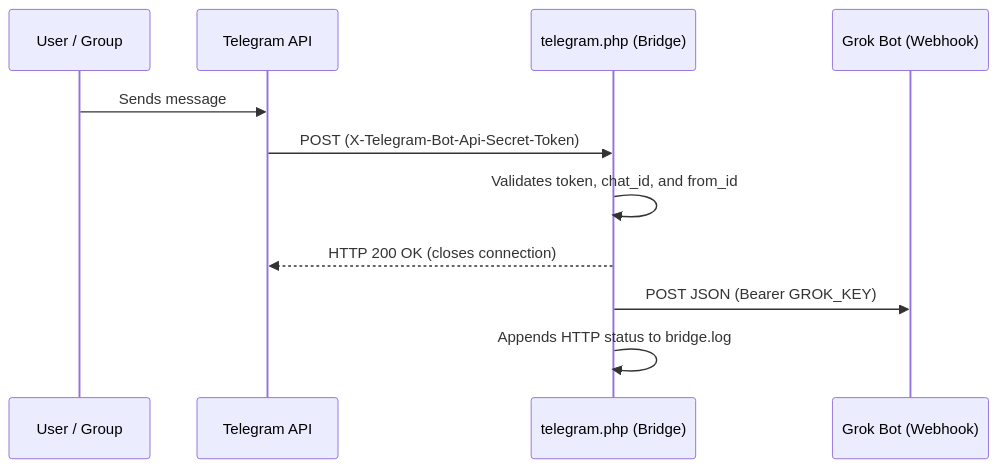
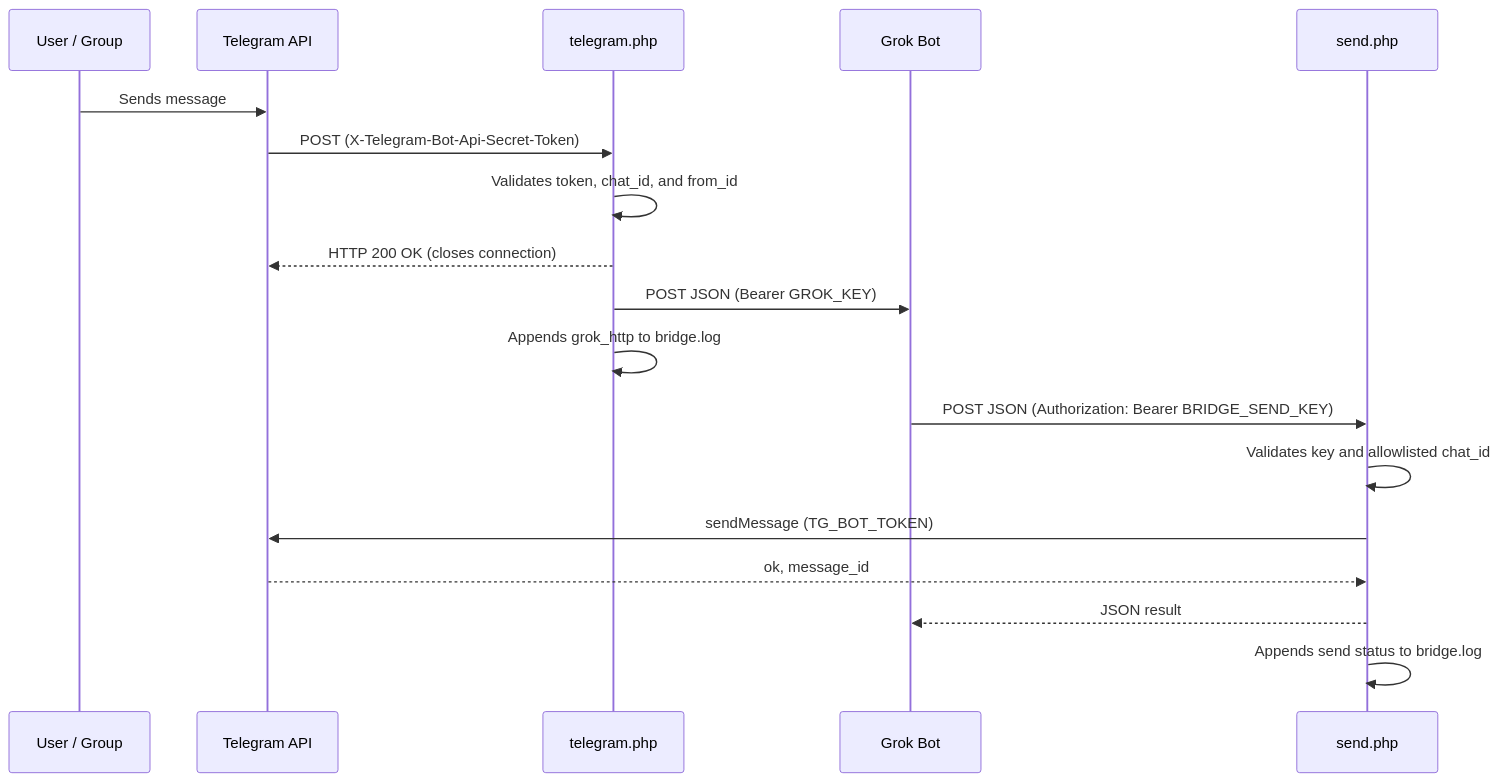
One commit to arismarioneves/grokbot-telegram changed the diagram in README.md. Above: the diagram before and after it, drawn with Mermaid. The commit also changed other lines of this file and 3 other files, not shown here.

````diff
--- a/README.md
+++ b/README.md
@@ -9,14 +13,21 @@
 ```mermaid
 sequenceDiagram
     participant U as User / Group
     participant T as Telegram API
-    participant B as telegram.php (Bridge)
-    participant G as Grok Bot (Webhook)
+    participant In as telegram.php
+    participant G as Grok Bot
+    participant Out as send.php
 
     U->>T: Sends message
-    T->>B: POST (X-Telegram-Bot-Api-Secret-Token)
-    B->>B: Validates token, chat_id, and from_id
-    B-->>T: HTTP 200 OK (closes connection)
-    B->>G: POST JSON (Bearer GROK_KEY)
-    B->>B: Appends HTTP status to bridge.log
+    T->>In: POST (X-Telegram-Bot-Api-Secret-Token)
+    In->>In: Validates token, chat_id, and from_id
+    In-->>T: HTTP 200 OK (closes connection)
+    In->>G: POST JSON (Bearer GROK_KEY)
+    In->>In: Appends grok_http to bridge.log
+    G->>Out: POST JSON (Authorization: Bearer BRIDGE_SEND_KEY)
+    Out->>Out: Validates key and allowlisted chat_id
+    Out->>T: sendMessage (TG_BOT_TOKEN)
+    T-->>Out: ok, message_id
+    Out-->>G: JSON result
+    Out->>Out: Appends send status to bridge.log
 ```
````
